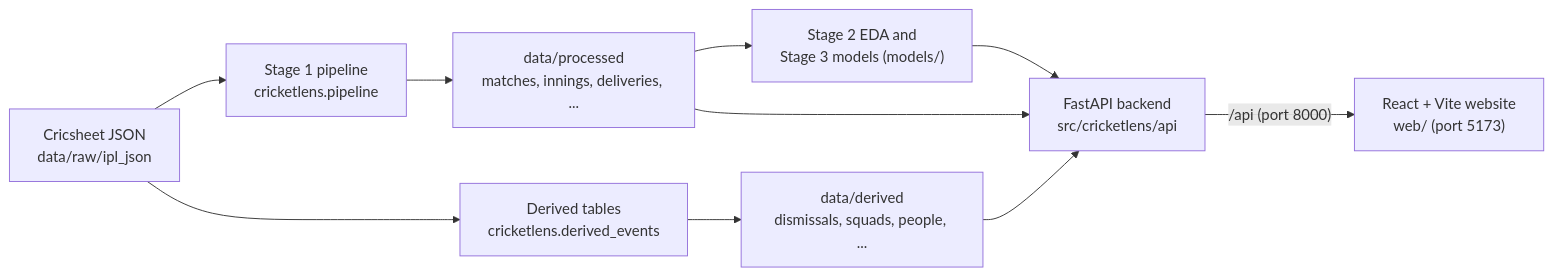
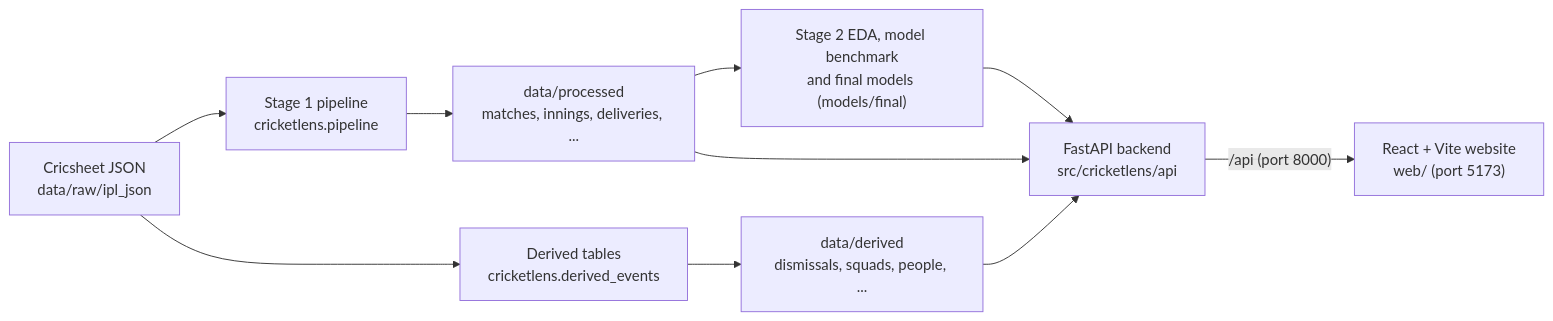
One commit to Bhagy25/IPL_Predictor changed the diagram in README.md. Above: the diagram before and after it, drawn with Mermaid. The commit also changed other lines of this file and 3 other files, not shown here.

````diff
--- a/README.md
+++ b/README.md
@@ -94,12 +102,12 @@
 ```mermaid
 flowchart LR
     A["Cricsheet JSON<br/>data/raw/ipl_json"] --> B["Stage 1 pipeline<br/>cricketlens.pipeline"]
     A --> C["Derived tables<br/>cricketlens.derived_events"]
     B --> D["data/processed<br/>matches, innings, deliveries, ..."]
     C --> E["data/derived<br/>dismissals, squads, people, ..."]
-    D --> F["Stage 2 EDA and<br/>Stage 3 models (models/)"]
+    D --> F["Stage 2 EDA, model benchmark<br/>and final models (models/final)"]
     D --> G["FastAPI backend<br/>src/cricketlens/api"]
     E --> G
     F --> G
     G -->|"/api (port 8000)"| H["React + Vite website<br/>web/ (port 5173)"]
 ```
````
